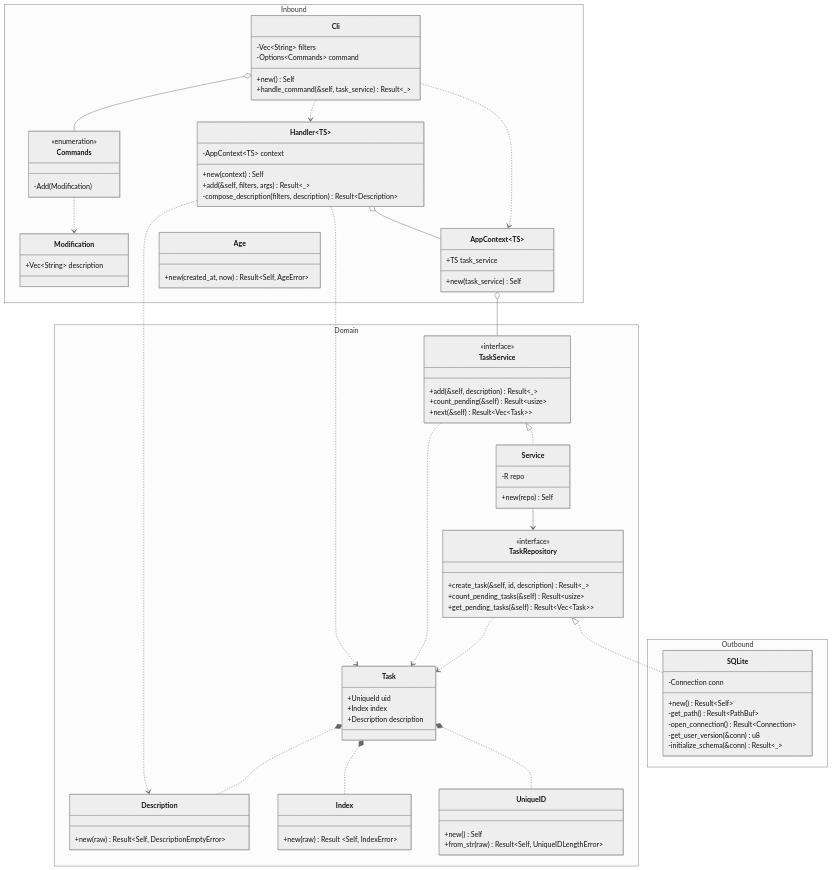
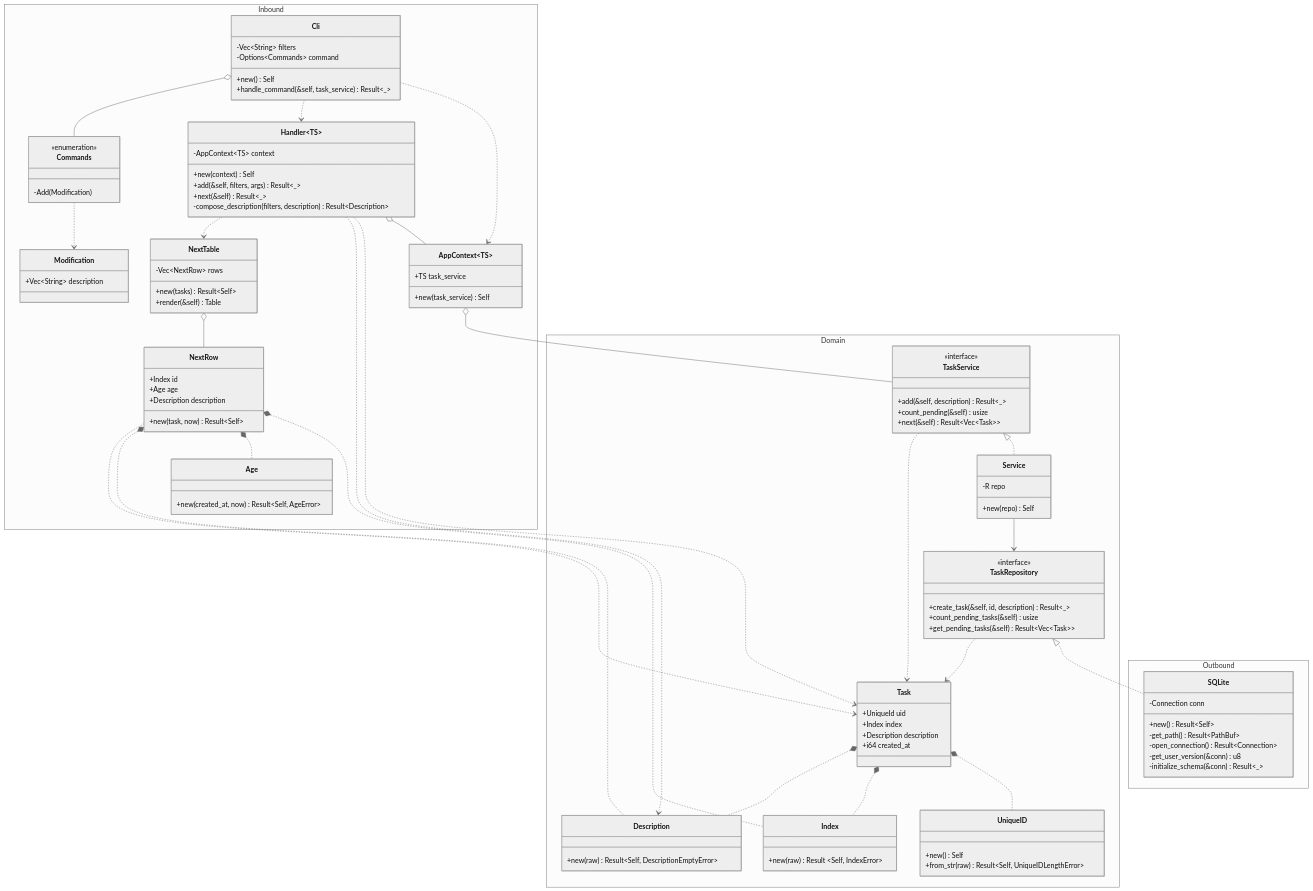
Before and after one commit to rvnkcode/dawn: the diagram in docs/class.md, drawn with Mermaid (neutral theme).

Commit message:
docs: updated class diagram

```diff
--- a/docs/class.md
+++ b/docs/class.md
@@ -28,6 +28,7 @@
       -AppContext~TS~ context
       +new(context) Self
       +add(&self, filters, args) Result~_~
+      +next(&self) Result~_~
       -compose_description(filters, description) Result~Description~
     }
     class Cli {
@@ -38,11 +39,28 @@
     }
     class Age {
       +new(created_at, now) Result~Self, AgeError~
-  }
+    }
+    class NextRow {
+      +Index id
+      +Age age
+      +Description description
+      +new(task, now) Result~Self~
+    }
+    class NextTable {
+      -Vec~NextRow~ rows
+      +new(tasks) Result~Self~
+      +render(&self) Table
+    }
   }
   Task *.. UniqueID
   Task *.. Index
   Task *.. Description
+  NextRow *.. Index
+  NextRow *.. Age
+  NextRow *.. Description
+  NextRow ..> Task
+  NextTable o-- NextRow
+  Handler~TS~ ..> NextTable
   TaskService <|.. Service
   Service~R~ --> TaskRepository
   TaskRepository <|.. SQLite
@@ -63,11 +81,12 @@
       +UniqueId uid
       +Index index
       +Description description
+      +i64 created_at
     }
     class TaskService {
       <<interface>>
       +add(&self, description) Result~_~
-      +count_pending(&self) Result~usize~
+      +count_pending(&self) usize
       +next(&self) Result~Vec~Task~~
     }
     class Service~R~ {
@@ -77,7 +96,7 @@
     class TaskRepository {
       <<interface>>
       +create_task(&self, id, description) Result~_~
-      +count_pending_tasks(&self) Result~usize~
+      +count_pending_tasks(&self) usize
       +get_pending_tasks(&self) Result~Vec~Task~~
     }
   }
```
